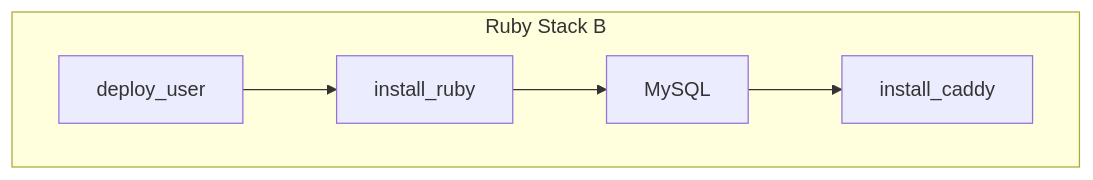
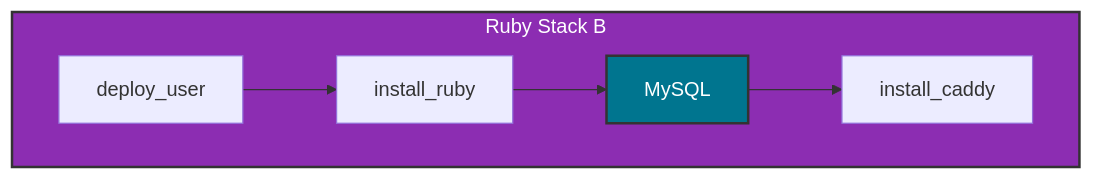
One commit to bparanj/hivegrid.dev changed the second of 10 diagrams in README.md. Above: the diagram before and after it, drawn with Mermaid. The commit also changed other lines of this file, not shown here.

Commit message:
Revise diagrams

````diff
--- a/README.md
+++ b/README.md
@@ -40,8 +44,12 @@
 ```mermaid
 graph TD
-  subgraph StackA[Ruby Stack B]
+
+subgraph StackB[Ruby Stack B]
     A[deploy_user] --> B[install_ruby]
     B --> C[MySQL]
     C --> D[install_caddy]
-  end
+    
+    style StackB fill:#8C2DB2,stroke:#333,stroke-width:2px,color:#fff
+    style C fill:#00758F,stroke:#333,stroke-width:2px,color:#fff
+end
 ```
````
